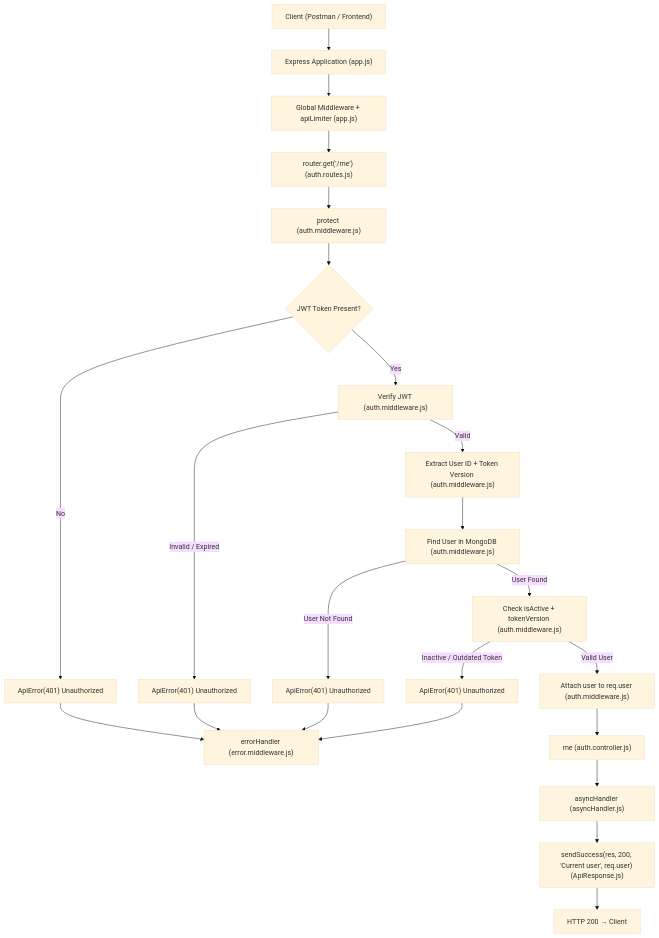
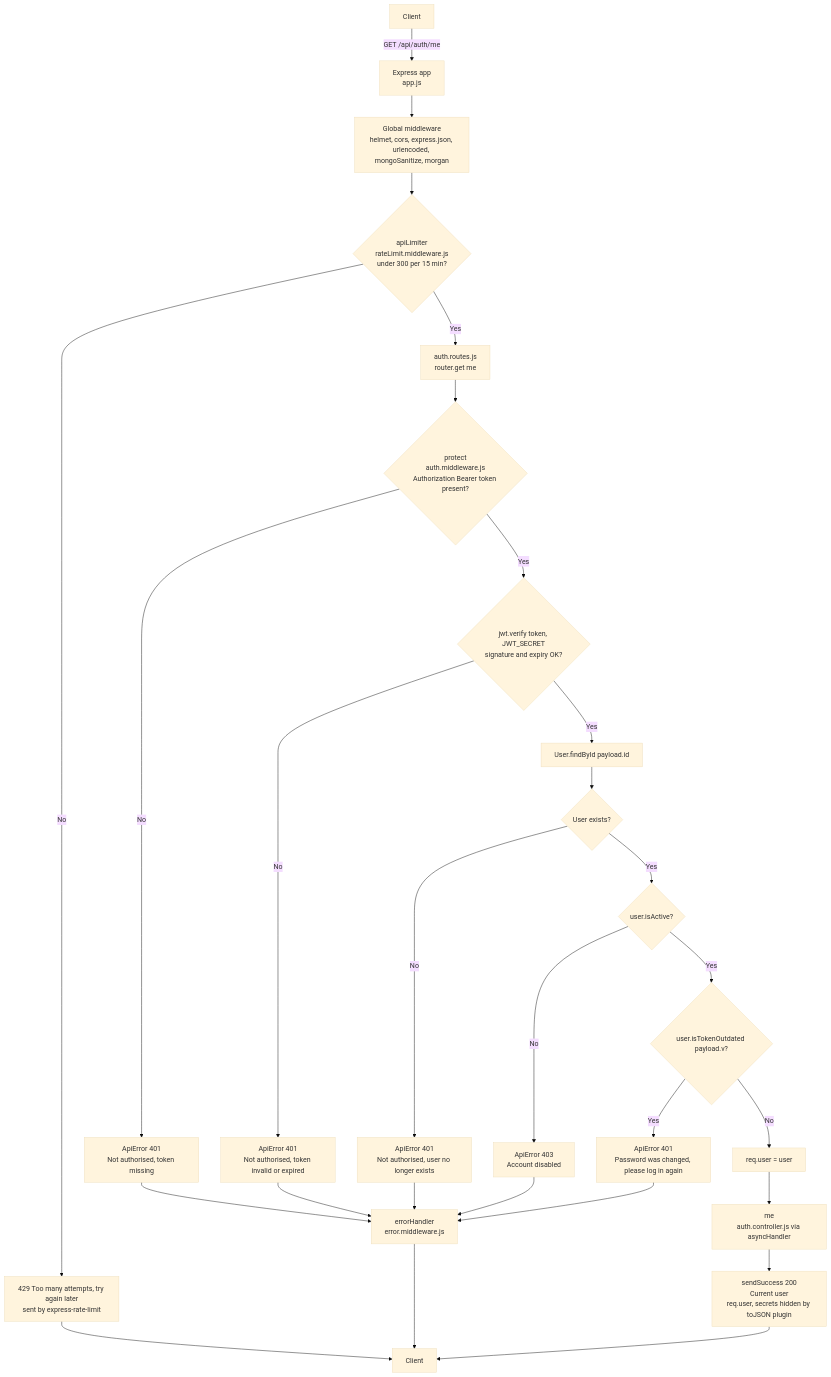
The diagram in docs/flow/auth/me.md (ehtman/ecommerce-site), drawn with Mermaid (base theme) before and after one commit. The commit also changed 89 other files, not shown here.

````diff
--- a/docs/flow/auth/me.md
+++ b/docs/flow/auth/me.md
@@ -1,33 +5,30 @@
 ```mermaid
 flowchart TD
-    A["Client (Postman / Frontend)"] --> B["Express Application (app.js)"]
-    B --> C["Global Middleware + apiLimiter (app.js)"]
-    C --> D["router.get('/me') (auth.routes.js)"]
-    D --> E["protect (auth.middleware.js)"]
-
-    E --> F{"JWT Token Present?"}
-
-    F -->|No| ERR1["ApiError(401) Unauthorized"]
-    F -->|Yes| G["Verify JWT (auth.middleware.js)"]
-
-    G -->|Invalid / Expired| ERR2["ApiError(401) Unauthorized"]
-    G -->|Valid| H["Extract User ID + Token Version (auth.middleware.js)"]
-
-    H --> I["Find User in MongoDB (auth.middleware.js)"]
-
-    I -->|User Not Found| ERR3["ApiError(401) Unauthorized"]
-    I -->|User Found| J["Check isActive + tokenVersion (auth.middleware.js)"]
-
-    J -->|Inactive / Outdated Token| ERR4["ApiError(401) Unauthorized"]
-    J -->|Valid User| K["Attach user to req.user (auth.middleware.js)"]
-
-    K --> L["me (auth.controller.js)"]
-    L --> M["asyncHandler (asyncHandler.js)"]
-    M --> N["sendSuccess(res, 200, 'Current user', req.user) (ApiResponse.js)"]
-    N --> O["HTTP 200 → Client"]
-
-    ERR1 --> EH["errorHandler (error.middleware.js)"]
-    ERR2 --> EH
-    ERR3 --> EH
-    ERR4 --> EH
+    A[Client] -->|GET /api/auth/me| B[Express app<br/>app.js]
+    B --> C["Global middleware<br/>helmet, cors, express.json, urlencoded, mongoSanitize, morgan"]
+    C --> L0{"apiLimiter<br/>rateLimit.middleware.js<br/>under 300 per 15 min?"}
+    L0 -->|No| RL["429 Too many attempts, try again later<br/>sent by express-rate-limit"]
+    L0 -->|Yes| RT["auth.routes.js<br/>router.get me"]
+    RT --> P1{"protect<br/>auth.middleware.js<br/>Authorization Bearer token present?"}
+    P1 -->|No| E1["ApiError 401<br/>Not authorised, token missing"]
+    P1 -->|Yes| P2{"jwt.verify token, JWT_SECRET<br/>signature and expiry OK?"}
+    P2 -->|No| E2["ApiError 401<br/>Not authorised, token invalid or expired"]
+    P2 -->|Yes| P3["User.findById payload.id"]
+    P3 --> P4{"User exists?"}
+    P4 -->|No| E3["ApiError 401<br/>Not authorised, user no longer exists"]
+    P4 -->|Yes| P5{"user.isActive?"}
+    P5 -->|No| E4["ApiError 403<br/>Account disabled"]
+    P5 -->|Yes| P6{"user.isTokenOutdated payload.v?"}
+    P6 -->|Yes| E5["ApiError 401<br/>Password was changed, please log in again"]
+    P6 -->|No| P7["req.user = user"]
+    P7 --> CT["me<br/>auth.controller.js via asyncHandler"]
+    CT --> OK["sendSuccess 200<br/>Current user<br/>req.user, secrets hidden by toJSON plugin"]
+    OK --> R[Client]
+    E1 --> EH[errorHandler<br/>error.middleware.js]
+    E2 --> EH
+    E3 --> EH
+    E4 --> EH
+    E5 --> EH
+    EH --> R
+    RL --> R
 ```
````
